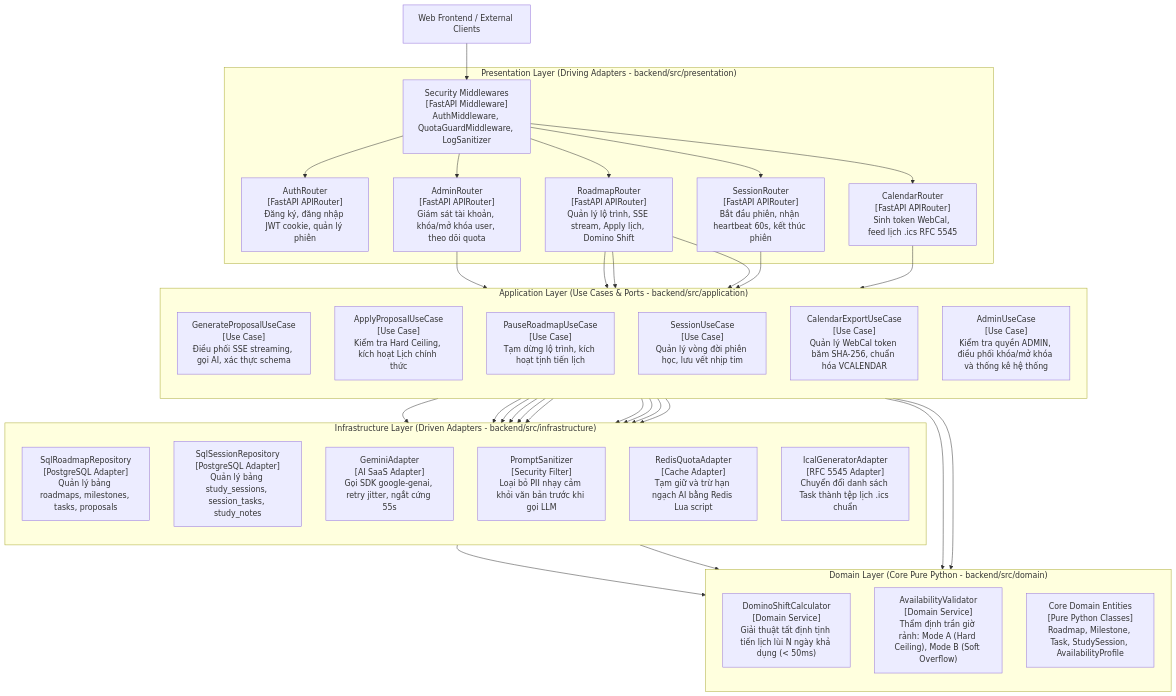
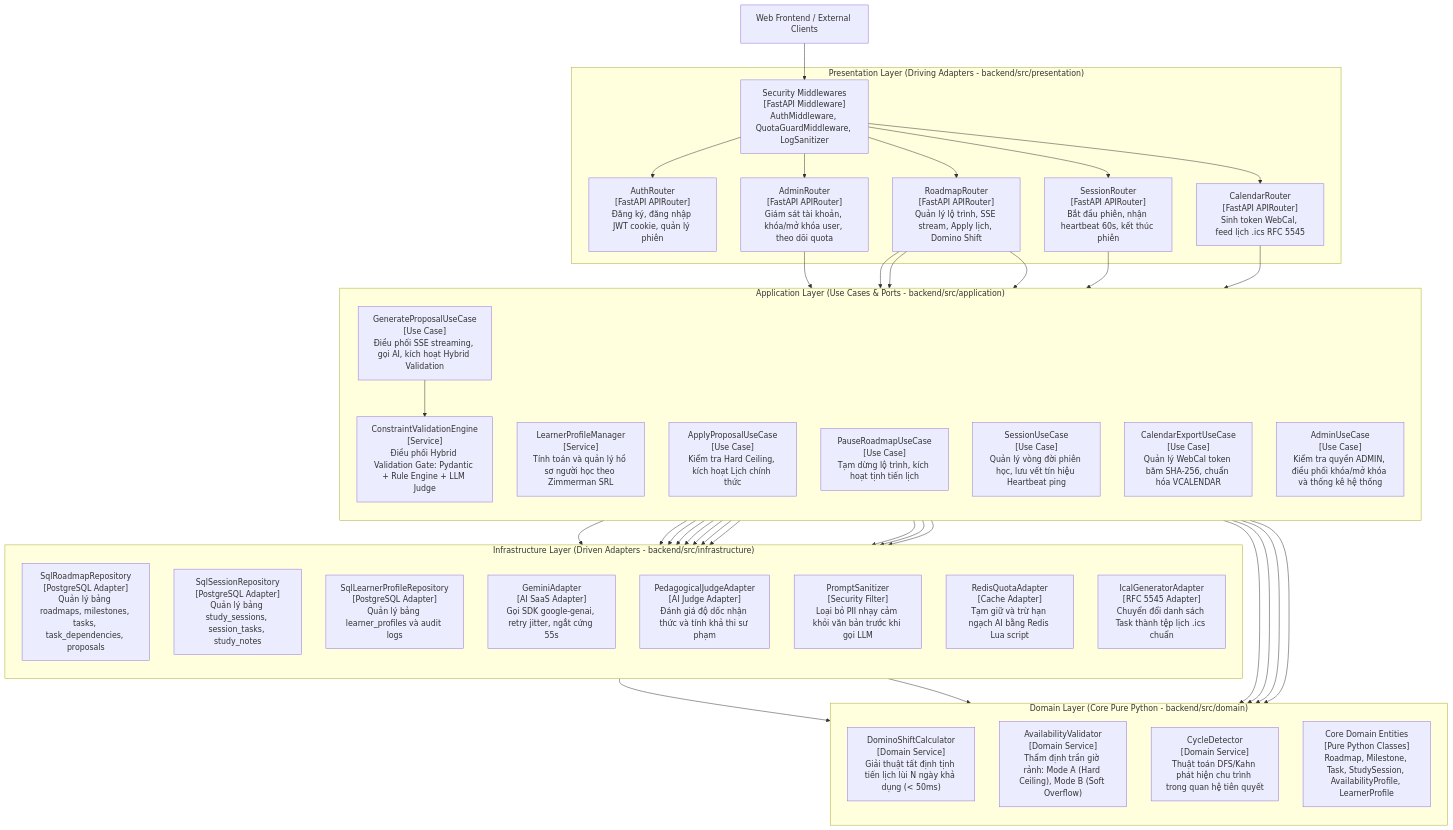
One commit to Coffat/FocusFlow changed the third of 5 diagrams in docs/architecture/c4-model-components.md. Above: the diagram before and after it, drawn with Mermaid. The commit also changed other lines of this file and 83 other files, not shown here.

Commit message:
docs: audit and synchronize SRS, database schema, UML, and architectural specs

```diff
--- a/docs/architecture/c4-model-components.md
+++ b/docs/architecture/c4-model-components.md
@@ -134,10 +134,12 @@
 
     subgraph ApplicationLayer["Application Layer (Use Cases & Ports - backend/src/application)"]
         direction TB
-        GenerateProposalUC["GenerateProposalUseCase<br>[Use Case]<br>Điều phối SSE streaming, gọi AI, xác thực schema"]
+        GenerateProposalUC["GenerateProposalUseCase<br>[Use Case]<br>Điều phối SSE streaming, gọi AI, kích hoạt Hybrid Validation"]
+        ConstraintEngine["ConstraintValidationEngine<br>[Service]<br>Điều phối Hybrid Validation Gate: Pydantic + Rule Engine + LLM Judge"]
+        LearnerProfileMgr["LearnerProfileManager<br>[Service]<br>Tính toán và quản lý hồ sơ người học theo Zimmerman SRL"]
         ApplyProposalUC["ApplyProposalUseCase<br>[Use Case]<br>Kiểm tra Hard Ceiling, kích hoạt Lịch chính thức"]
         PauseRoadmapUC["PauseRoadmapUseCase<br>[Use Case]<br>Tạm dừng lộ trình, kích hoạt tịnh tiến lịch"]
-        SessionUC["SessionUseCase<br>[Use Case]<br>Quản lý vòng đời phiên học, lưu vết nhịp tim"]
+        SessionUC["SessionUseCase<br>[Use Case]<br>Quản lý vòng đời phiên học, lưu vết tín hiệu Heartbeat ping"]
         CalendarUC["CalendarExportUseCase<br>[Use Case]<br>Quản lý WebCal token băm SHA-256, chuẩn hóa VCALENDAR"]
         AdminUC["AdminUseCase<br>[Use Case]<br>Kiểm tra quyền ADMIN, điều phối khóa/mở khóa và thống kê hệ thống"]
     end
@@ -146,14 +148,17 @@
         direction TB
         DominoCalc["DominoShiftCalculator<br>[Domain Service]<br>Giải thuật tất định tịnh tiến lịch lùi N ngày khả dụng (< 50ms)"]
         AvailValidator["AvailabilityValidator<br>[Domain Service]<br>Thẩm định trần giờ rảnh: Mode A (Hard Ceiling), Mode B (Soft Overflow)"]
-        DomainEntities["Core Domain Entities<br>[Pure Python Classes]<br>Roadmap, Milestone, Task, StudySession, AvailabilityProfile"]
+        CycleDetector["CycleDetector<br>[Domain Service]<br>Thuật toán DFS/Kahn phát hiện chu trình trong quan hệ tiên quyết"]
+        DomainEntities["Core Domain Entities<br>[Pure Python Classes]<br>Roadmap, Milestone, Task, StudySession, AvailabilityProfile, LearnerProfile"]
     end
 
     subgraph InfrastructureLayer["Infrastructure Layer (Driven Adapters - backend/src/infrastructure)"]
         direction TB
-        SqlRoadmapRepo["SqlRoadmapRepository<br>[PostgreSQL Adapter]<br>Quản lý bảng roadmaps, milestones, tasks, proposals"]
+        SqlRoadmapRepo["SqlRoadmapRepository<br>[PostgreSQL Adapter]<br>Quản lý bảng roadmaps, milestones, tasks, task_dependencies, proposals"]
         SqlSessionRepo["SqlSessionRepository<br>[PostgreSQL Adapter]<br>Quản lý bảng study_sessions, session_tasks, study_notes"]
+        SqlProfileRepo["SqlLearnerProfileRepository<br>[PostgreSQL Adapter]<br>Quản lý bảng learner_profiles và audit logs"]
         GeminiAdapter["GeminiAdapter<br>[AI SaaS Adapter]<br>Gọi SDK google-genai, retry jitter, ngắt cứng 55s"]
+        PedagogicalJudgeAdapter["PedagogicalJudgeAdapter<br>[AI Judge Adapter]<br>Đánh giá độ dốc nhận thức và tính khả thi sư phạm"]
         PromptSanitizer["PromptSanitizer<br>[Security Filter]<br>Loại bỏ PII nhạy cảm khỏi văn bản trước khi gọi LLM"]
         RedisQuotaAdapter["RedisQuotaAdapter<br>[Cache Adapter]<br>Tạm giữ và trừ hạn ngạch AI bằng Redis Lua script"]
         IcalGenerator["IcalGeneratorAdapter<br>[RFC 5545 Adapter]<br>Chuyển đổi danh sách Task thành tệp lịch .ics chuẩn"]
@@ -178,6 +183,10 @@
     GenerateProposalUC --> PromptSanitizer
     GenerateProposalUC --> GeminiAdapter
     GenerateProposalUC --> RedisQuotaAdapter
+    GenerateProposalUC --> ConstraintEngine
+    ConstraintEngine --> AvailValidator
+    ConstraintEngine --> CycleDetector
+    ConstraintEngine --> PedagogicalJudgeAdapter
     GenerateProposalUC --> SqlRoadmapRepo
 
     ApplyProposalUC --> AvailValidator
```
